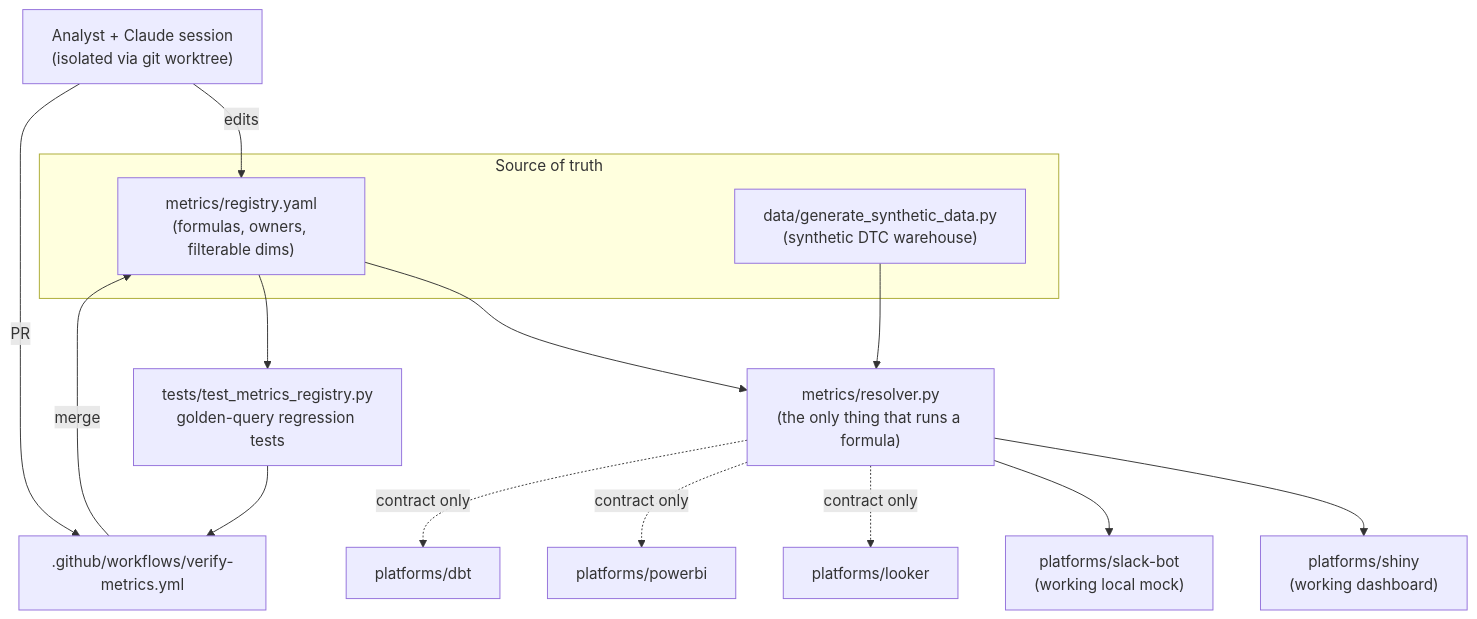
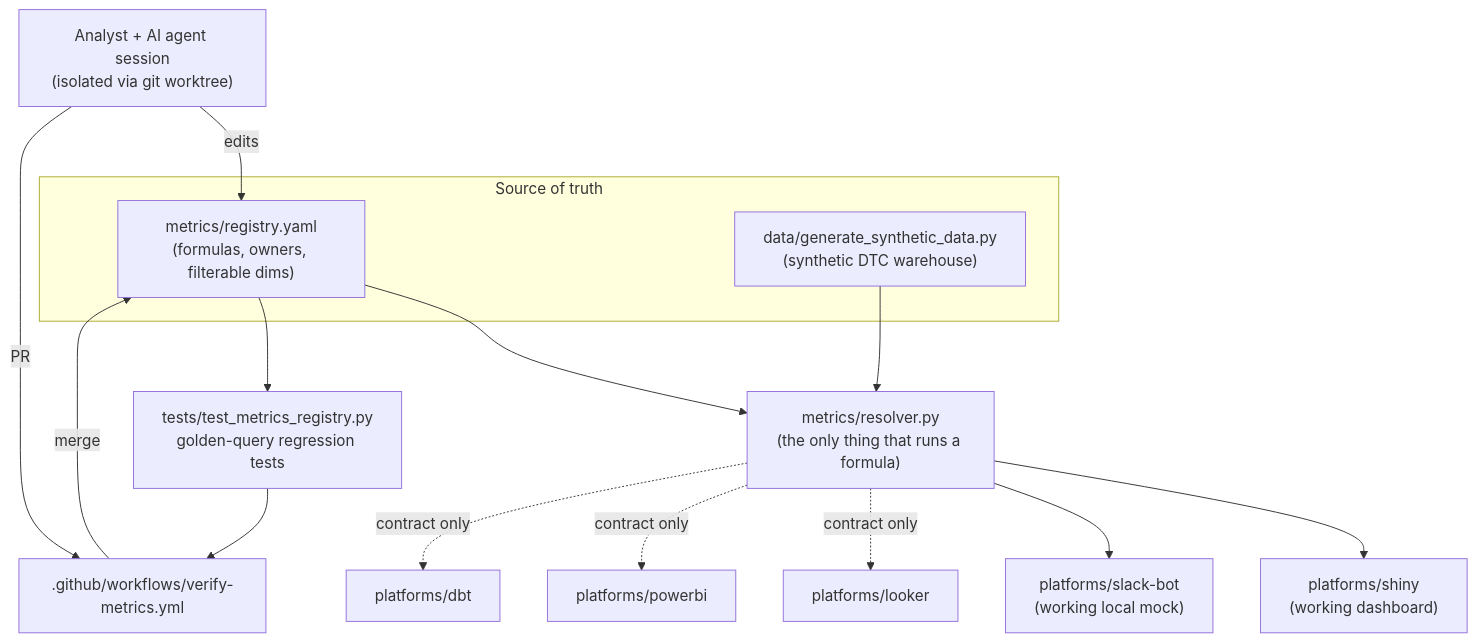
The diagram in docs/ARCHITECTURE.md (davidayala16/bi-framework), drawn with Mermaid before and after one commit. The commit also changed other lines of this file and 10 other files, not shown here.

First line of the commit message:
Add acquisition-funnel Sankey, restyle charts, and generalize past Claude

````diff
--- a/docs/ARCHITECTURE.md
+++ b/docs/ARCHITECTURE.md
@@ -9,27 +11,27 @@
 ```mermaid
 flowchart TD
     subgraph Source of truth
         REG["metrics/registry.yaml<br/>(formulas, owners, filterable dims)"]
         DATA["data/generate_synthetic_data.py<br/>(synthetic DTC warehouse)"]
     end
 
     RES["metrics/resolver.py<br/>(the only thing that runs a formula)"]
 
     REG --> RES
     DATA --> RES
 
     RES --> SHINY["platforms/shiny<br/>(working dashboard)"]
     RES --> SLACK["platforms/slack-bot<br/>(working local mock)"]
     RES -.contract only.-> LOOKER["platforms/looker"]
     RES -.contract only.-> PBI["platforms/powerbi"]
     RES -.contract only.-> DBT["platforms/dbt"]
 
     TESTS["tests/test_metrics_registry.py<br/>golden-query regression tests"]
     CI[".github/workflows/verify-metrics.yml"]
     REG --> TESTS --> CI
 
-    ANALYST["Analyst + Claude session<br/>(isolated via git worktree)"]
+    ANALYST["Analyst + AI agent session<br/>(isolated via git worktree)"]
     ANALYST -- edits --> REG
     ANALYST -- PR --> CI
     CI -- merge --> REG
 ```
````
